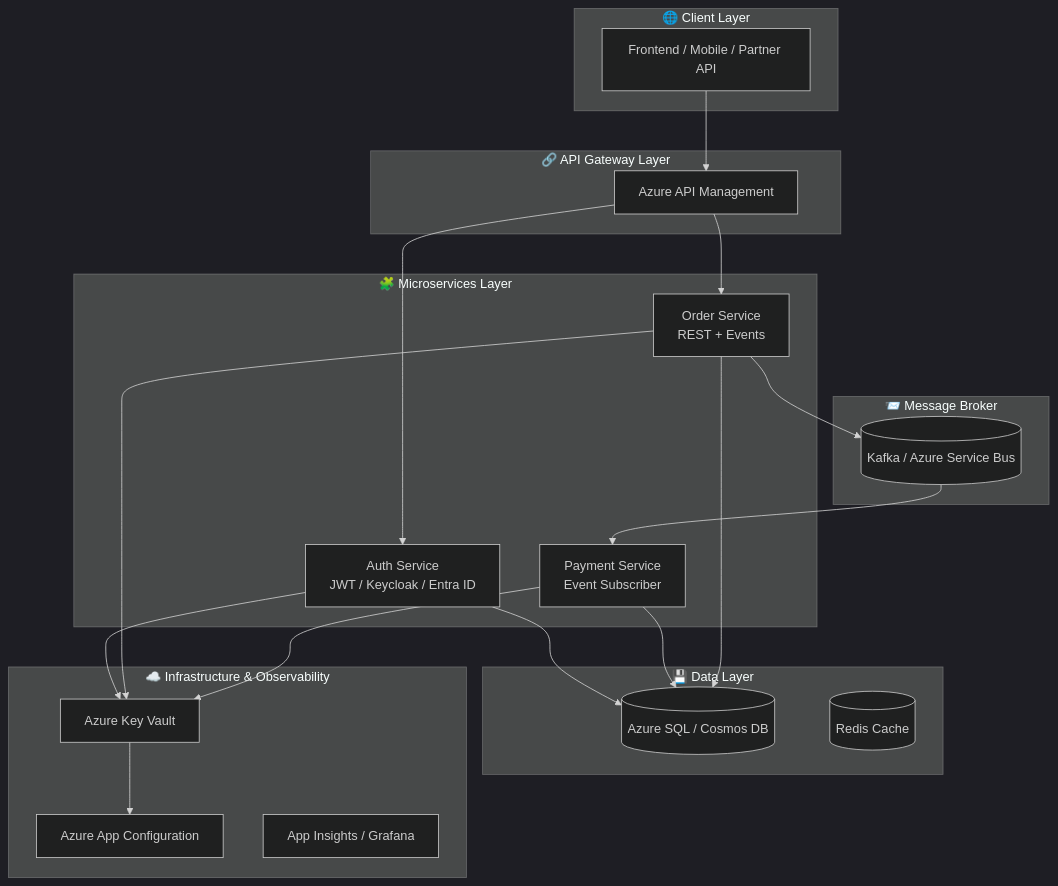
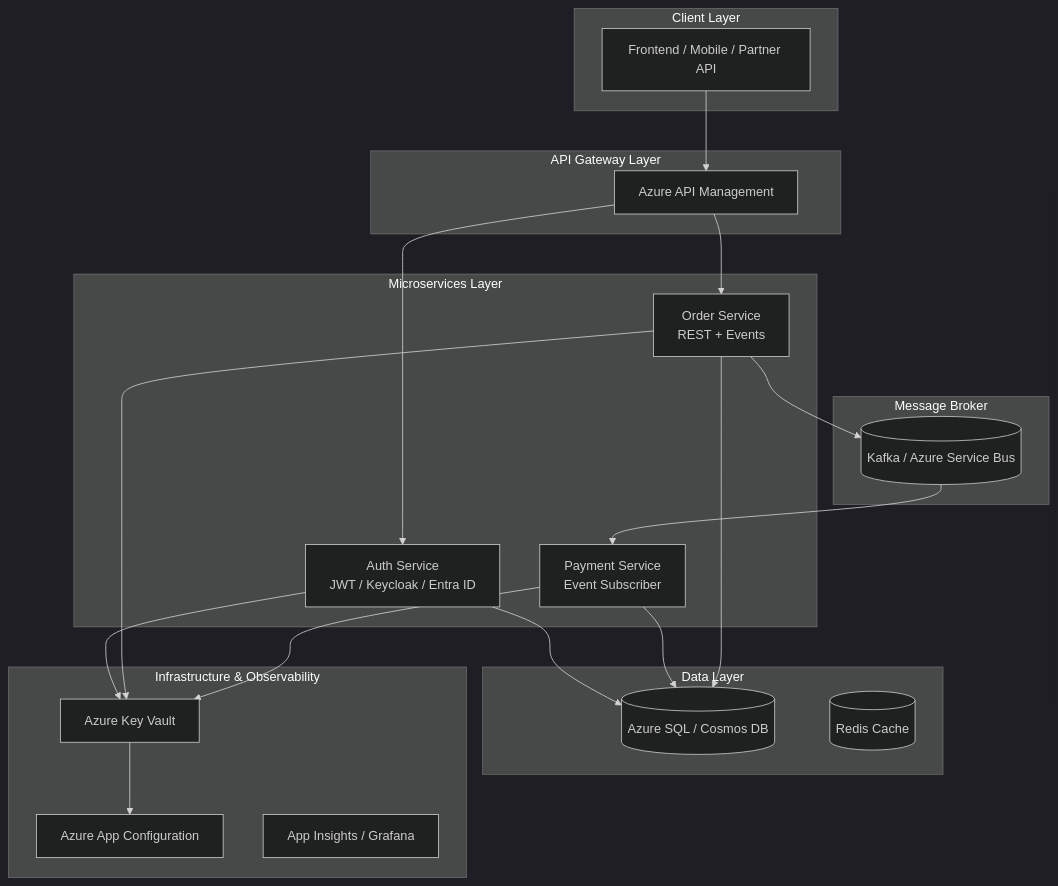
The diagram in Microservices Roadmap.md (s2-thalavai/microservices-practices), drawn with Mermaid (dark theme) before and after one commit. The commit also changed other lines of this file, not shown here.

Commit message:
Update Microservices Roadmap.md

````diff
--- a/Microservices Roadmap.md
+++ b/Microservices Roadmap.md
@@ -124,45 +117,45 @@
 ```mermaid
 flowchart TD
-    subgraph Client["🌐 Client Layer"]
+    subgraph Client["Client Layer"]
         UI[Frontend / Mobile / Partner API]
     end
 
-    subgraph Gateway["🔗 API Gateway Layer"]
+    subgraph Gateway["API Gateway Layer"]
         APIM[Azure API Management]
     end
 
-    subgraph Services["🧩 Microservices Layer"]
+    subgraph Services["Microservices Layer"]
         AUTH[Auth Service<br/>JWT / Keycloak / Entra ID]
         ORDER[Order Service<br/>REST + Events]
         PAYMENT[Payment Service<br/>Event Subscriber]
     end
 
-    subgraph Broker["📨 Message Broker"]
+    subgraph Broker["Message Broker"]
         KAFKA[(Kafka / Azure Service Bus)]
     end
 
-    subgraph Data["💾 Data Layer"]
+    subgraph Data["Data Layer"]
         SQL[(Azure SQL / Cosmos DB)]
         REDIS[(Redis Cache)]
     end
 
-    subgraph Infra["☁️ Infrastructure & Observability"]
+    subgraph Infra["Infrastructure & Observability"]
         VAULT[Azure Key Vault]
         CONFIG[Azure App Configuration]
         INSIGHTS[App Insights / Grafana]
     end
 
     UI --> APIM
     APIM --> AUTH
     APIM --> ORDER
     AUTH --> SQL
     ORDER --> KAFKA
     KAFKA --> PAYMENT
     PAYMENT --> SQL
     ORDER --> SQL
     AUTH --> VAULT
     ORDER --> VAULT
     PAYMENT --> VAULT
     VAULT --> CONFIG
 
 ```
````
